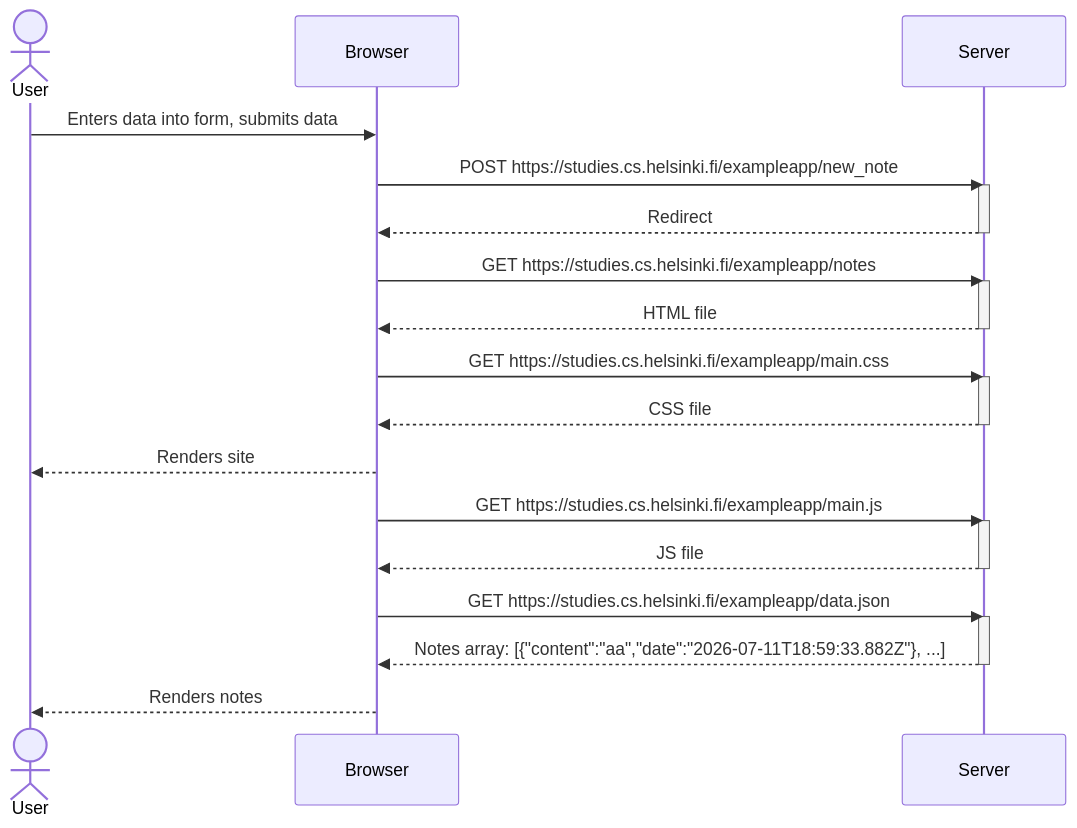
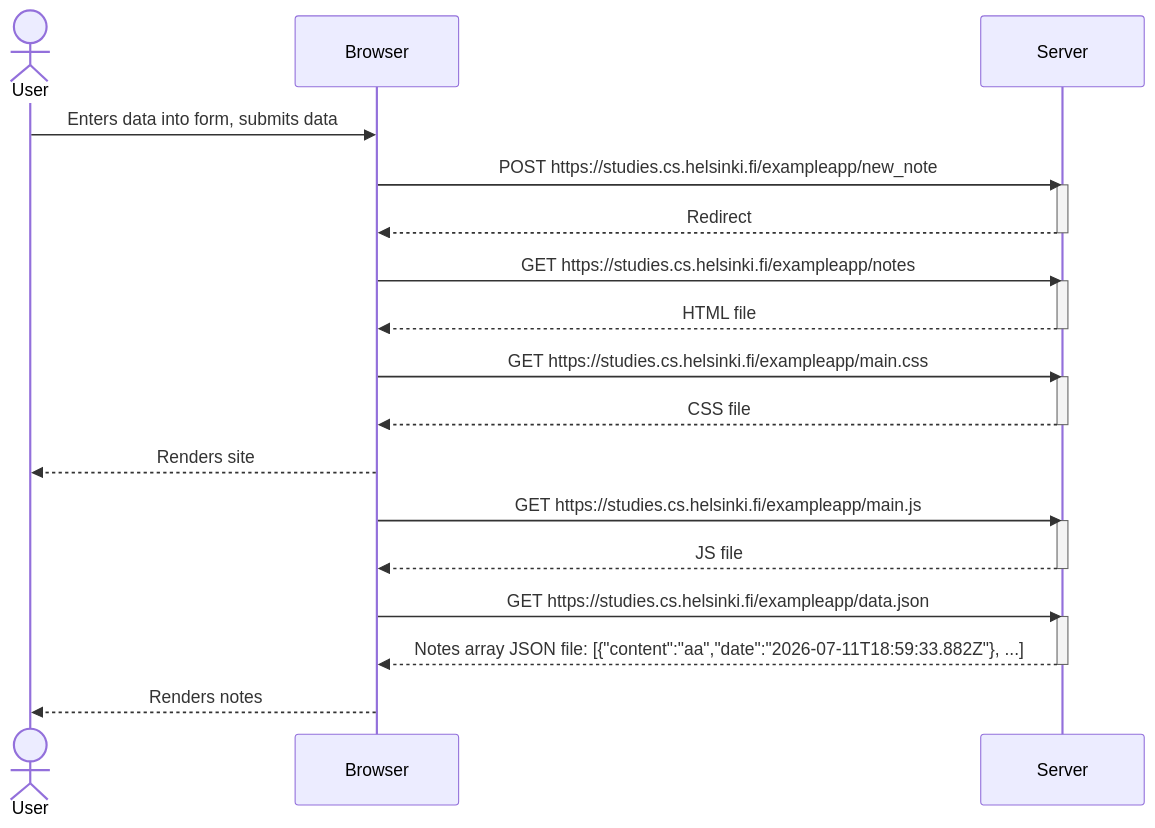
Before and after one commit to verdevia/FullstackOpen-Course: the diagram in part0/04.md, drawn with Mermaid.

````diff
--- a/part0/04.md
+++ b/part0/04.md
@@ -1,37 +1,37 @@
 ```mermaid
 sequenceDiagram
     actor User
     participant Browser
     participant Server
 
     User->>Browser: Enters data into form, submits data
 
     Browser->>Server: POST https://studies.cs.helsinki.fi/exampleapp/new_note
     activate Server
     Server-->>Browser: Redirect
     deactivate Server
 
     Browser->>Server: GET https://studies.cs.helsinki.fi/exampleapp/notes
     activate Server
     Server-->>Browser: HTML file
     deactivate Server
 
     Browser->>Server: GET https://studies.cs.helsinki.fi/exampleapp/main.css
     activate Server
     Server-->>Browser: CSS file
     deactivate Server
 
     Browser-->>User: Renders site
 
     Browser->>Server: GET https://studies.cs.helsinki.fi/exampleapp/main.js
     activate Server
     Server-->>Browser: JS file
     deactivate Server
 
     Browser->>Server: GET https://studies.cs.helsinki.fi/exampleapp/data.json
     activate Server
-    Server-->>Browser: Notes array: [{"content":"aa","date":"2026-07-11T18:59:33.882Z"}, ...]
+    Server-->>Browser: Notes array JSON file: [{"content":"aa","date":"2026-07-11T18:59:33.882Z"}, ...]
     deactivate Server
 
     Browser-->>User: Renders notes
 ```
````
